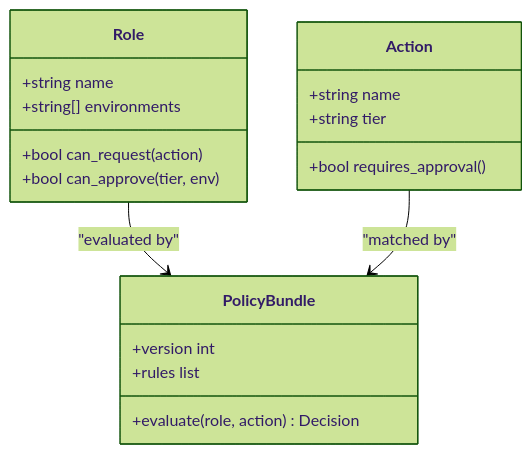
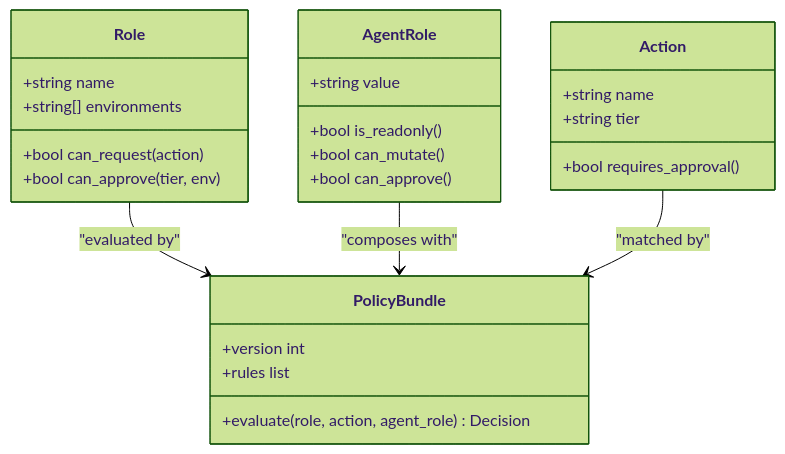
Before and after one commit to metasync/luban-aiops: the ninth of 15 diagrams in .qoder/repowiki/en/content/Security and Authorization/Security and Authorization.md, drawn with Mermaid (forest theme). The commit also changed other lines of this file and 128 other files, not shown here.

````diff
--- a/.qoder/repowiki/en/content/Security and Authorization/Security and Authorization.md
+++ b/.qoder/repowiki/en/content/Security and Authorization/Security and Authorization.md
@@ -357,21 +413,28 @@
 ```mermaid
 classDiagram
 class Role {
 +string name
 +string[] environments
 +bool can_request(action)
 +bool can_approve(tier, env)
+}
+class AgentRole {
++string value
++bool is_readonly()
++bool can_mutate()
++bool can_approve()
 }
 class Action {
 +string name
 +string tier
 +bool requires_approval()
 }
 class PolicyBundle {
 +version int
 +rules list
-+evaluate(role, action) Decision
++evaluate(role, action, agent_role) Decision
 }
 Role --> PolicyBundle : "evaluated by"
+AgentRole --> PolicyBundle : "composes with"
 Action --> PolicyBundle : "matched by"
 ```
````
